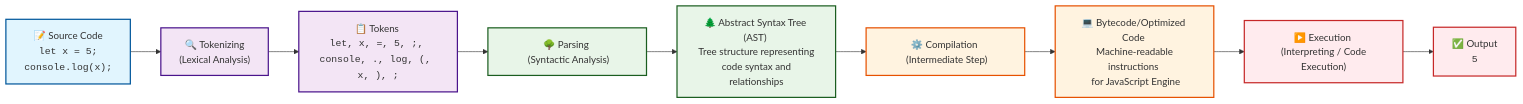
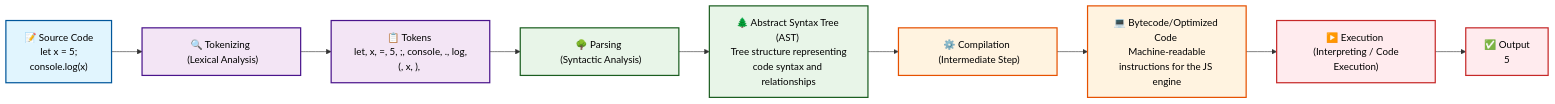
One commit to aatansen/40-Days-of-JavaScript changed the second of 2 diagrams in README.md. Above: the diagram before and after it, drawn with Mermaid.

Commit message:
fix: :bug: flowchart text fix

````diff
--- a/README.md
+++ b/README.md
@@ -624,31 +624,23 @@
   ```mermaid
   flowchart LR
-      A["📝 Source Code &#xA <code>let x = 5; &#xA console.log(x);</code>"] --> B["🔍 Tokenizing<br/>(Lexical Analysis)"]
-      
-      B --> C["📋 Tokens &#xA <code>let, x, =, 5, ;, console, ., log, (, x, ), ;</code>"]
-      
-      C --> D["🌳 Parsing &#xA (Syntactic Analysis)"]
+    A["📝 Source Code &#xA <span style='color:#000'>let x = 5; &#xA console.log(x);</span>"] --> B["🔍 Tokenizing &#xA (Lexical Analysis)"]
+    B --> C["📋 Tokens &#xA <span style='color:#000'>let, x, =, 5, ;, console, ., log, (, x, ), ;</span>"]
+    C --> D["🌳 Parsing &#xA (Syntactic Analysis)"]
+    D --> E["🌲 Abstract Syntax Tree (AST) &#xA <span style='color:#000'>Tree structure representing code syntax and relationships</span>"]
+    E --> F["⚙️ Compilation &#xA (Intermediate Step)"]
+    F --> G["💻 Bytecode/Optimized Code &#xA <span style='color:#000'>Machine-readable instructions for the JS engine</span>"]
+    G --> H["▶️ Execution &#xA (Interpreting / Code Execution)"]
+    H --> I["✅ Output &#xA <span style='color:#000'>5</span>"]
 
-      D --> E["🌲 Abstract Syntax Tree (AST) &#xA Tree structure representing &#xA code syntax and relationships"]
-      
-      E --> F["⚙️ Compilation &#xA (Intermediate Step)"]
+    classDef sourceCode fill:#e1f5fe,stroke:#01579b,stroke-width:2px,color:#000
+    classDef tokenizing fill:#f3e5f5,stroke:#4a148c,stroke-width:2px,color:#000
+    classDef parsing fill:#e8f5e8,stroke:#1b5e20,stroke-width:2px,color:#000
+    classDef compilation fill:#fff3e0,stroke:#e65100,stroke-width:2px,color:#000
+    classDef execution fill:#ffebee,stroke:#c62828,stroke-width:2px,color:#000
 
-      F --> G["💻 Bytecode/Optimized Code &#xA Machine-readable instructions &#xA for JavaScript Engine"]
-
-      G --> H["▶️ Execution &#xA (Interpreting / Code Execution)"]
-      
-      H --> I["✅ Output &#xA <code>5</code>"]
-      
-      %% Styling
-      classDef sourceCode fill:#e1f5fe,stroke:#01579b,stroke-width:2px
-      classDef tokenizing fill:#f3e5f5,stroke:#4a148c,stroke-width:2px
-      classDef parsing fill:#e8f5e8,stroke:#1b5e20,stroke-width:2px
-      classDef compilation fill:#fff3e0,stroke:#e65100,stroke-width:2px
-      classDef execution fill:#ffebee,stroke:#c62828,stroke-width:2px
-
-      class A sourceCode
-      class B,C tokenizing
-      class D,E parsing
-      class F,G compilation
-      class H,I execution
+    class A sourceCode
+    class B,C tokenizing
+    class D,E parsing
+    class F,G compilation
+    class H,I execution
   ```
````
